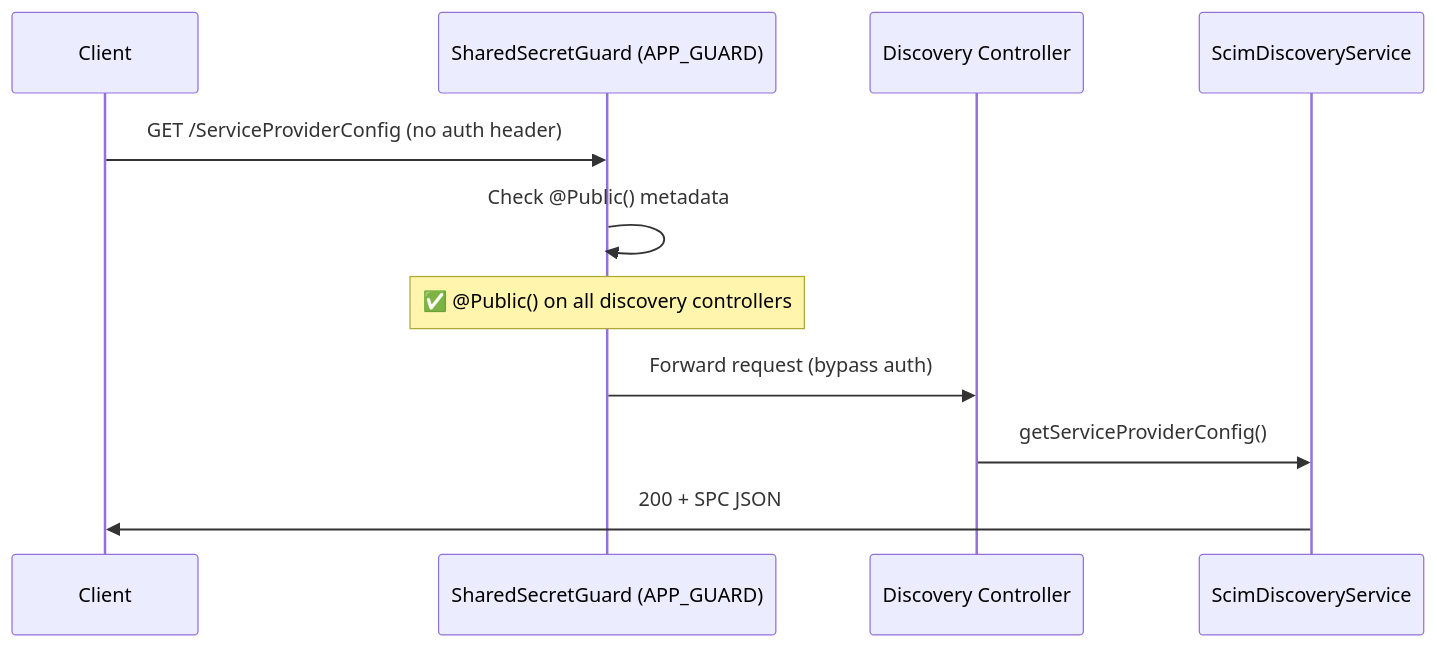
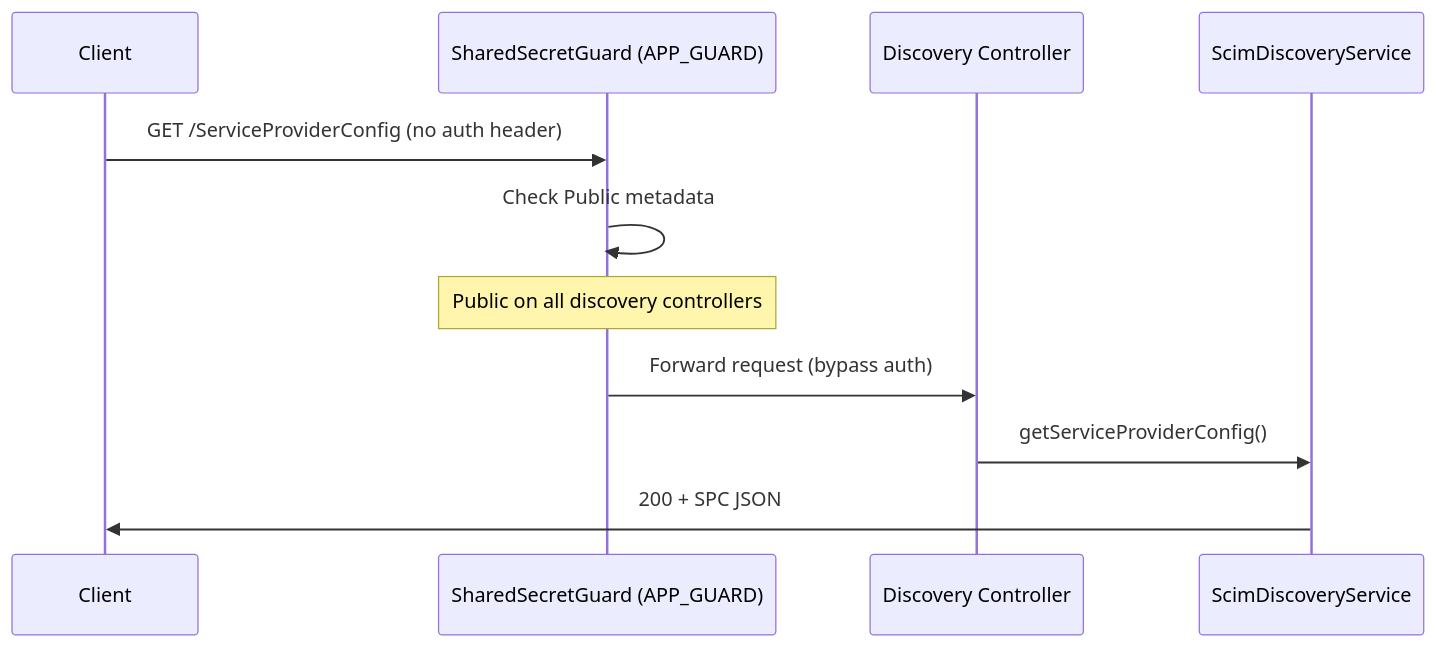
One commit to pranems/SCIMServer changed the third of 4 diagrams in docs/DISCOVERY_ENDPOINTS_RFC_AUDIT.md. Above: the diagram before and after it, drawn with Mermaid. The commit also changed other lines of this file and 8 other files, not shown here.

````diff
--- a/docs/DISCOVERY_ENDPOINTS_RFC_AUDIT.md
+++ b/docs/DISCOVERY_ENDPOINTS_RFC_AUDIT.md
@@ -248,14 +248,14 @@
 ```mermaid
 sequenceDiagram
     participant C as Client
     participant G as SharedSecretGuard (APP_GUARD)
     participant D as Discovery Controller
     participant S as ScimDiscoveryService
 
     C->>G: GET /ServiceProviderConfig (no auth header)
-    G->>G: Check @Public() metadata
-    Note over G: ✅ @Public() on all discovery controllers
+    G->>G: Check Public metadata
+    Note over G: Public on all discovery controllers
     G->>D: Forward request (bypass auth)
     D->>S: getServiceProviderConfig()
     S->>C: 200 + SPC JSON
 ```
````
